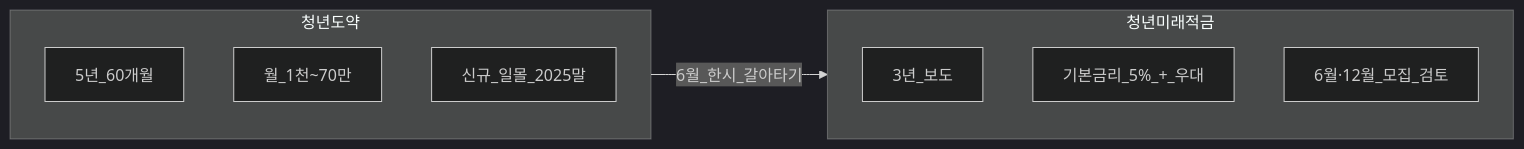
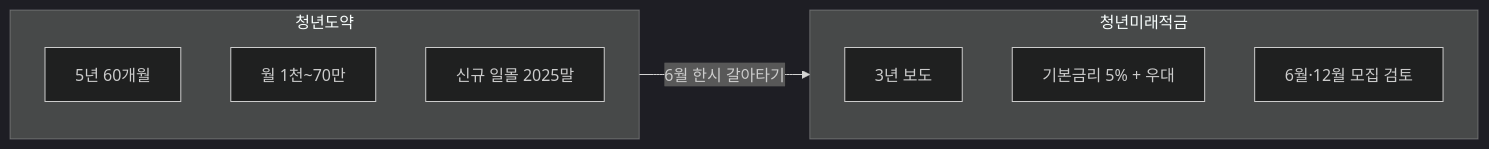
Before and after one commit to goldanghenry/Finances: the second of 2 diagrams in 06-korea-policy/youth-future-savings.md, drawn with Mermaid (dark theme). The commit also changed other lines of this file and 211 other files, not shown here.

````diff
--- a/06-korea-policy/youth-future-savings.md
+++ b/06-korea-policy/youth-future-savings.md
@@ -116,14 +125,14 @@
 ```mermaid
 flowchart LR
   subgraph leap [청년도약]
-    L1[5년_60개월]
-    L2[월_1천~70만]
-    L3[신규_일몰_2025말]
+    L1["5년 60개월"]
+    L2["월 1천~70만"]
+    L3["신규 일몰 2025말"]
   end
   subgraph future [청년미래적금]
-    F1[3년_보도]
-    F2[기본금리_5%_+_우대]
-    F3[6월·12월_모집_검토]
+    F1["3년 보도"]
+    F2["기본금리 5% + 우대"]
+    F3["6월·12월 모집 검토"]
   end
-  leap -->|6월_한시_갈아타기| future
+  leap -->|"6월 한시 갈아타기"| future
 ```
````
